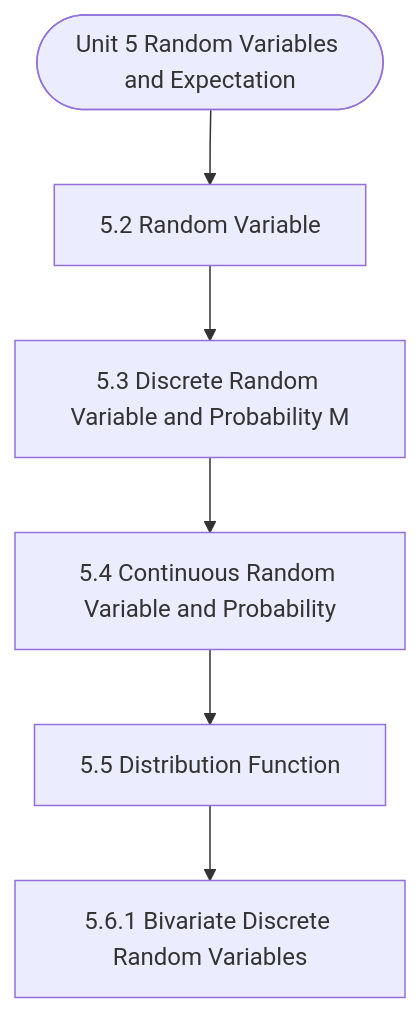
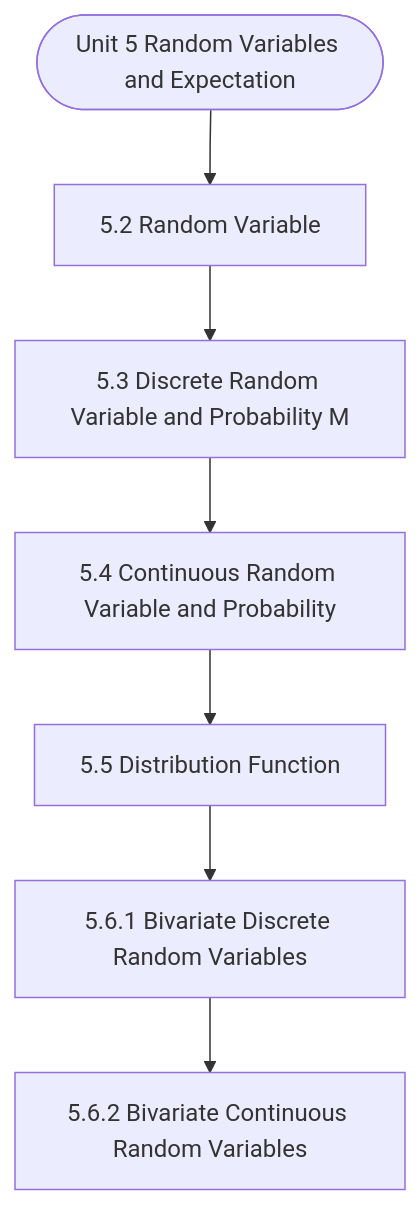
The diagram in notes/Semester_2/MCS-066_Mathematical_Foundations_-_II/unit_05_Random_Variables_and_Expectation.md (Asutosh-Coaching/mscdsa), drawn with Mermaid before and after one commit. The commit also changed other lines of this file and 116 other files, not shown here.

````diff
--- a/notes/Semester_2/MCS-066_Mathematical_Foundations_-_II/unit_05_Random_Variables_and_Expectation.md
+++ b/notes/Semester_2/MCS-066_Mathematical_Foundations_-_II/unit_05_Random_Variables_and_Expectation.md
@@ -19,14 +19,16 @@
 ```mermaid
 flowchart TD
   Start(["Unit 5 Random Variables and Expectation"])
   N1["5.2 Random Variable"]
   N2["5.3 Discrete Random Variable and Probability M"]
   N3["5.4 Continuous Random Variable and Probability"]
   N4["5.5 Distribution Function"]
   N5["5.6.1 Bivariate Discrete Random Variables"]
+  N6["5.6.2 Bivariate Continuous Random Variables"]
   Start --> N1
   N1 --> N2
   N2 --> N3
   N3 --> N4
   N4 --> N5
+  N5 --> N6
 ```
````
